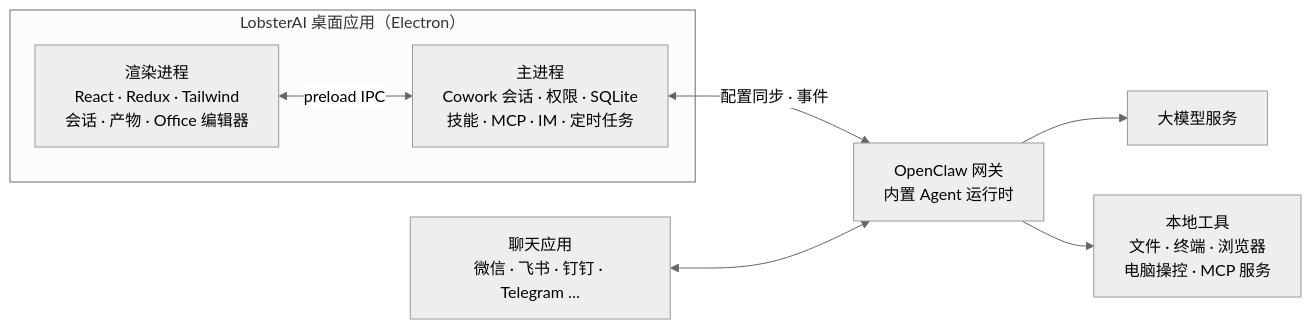
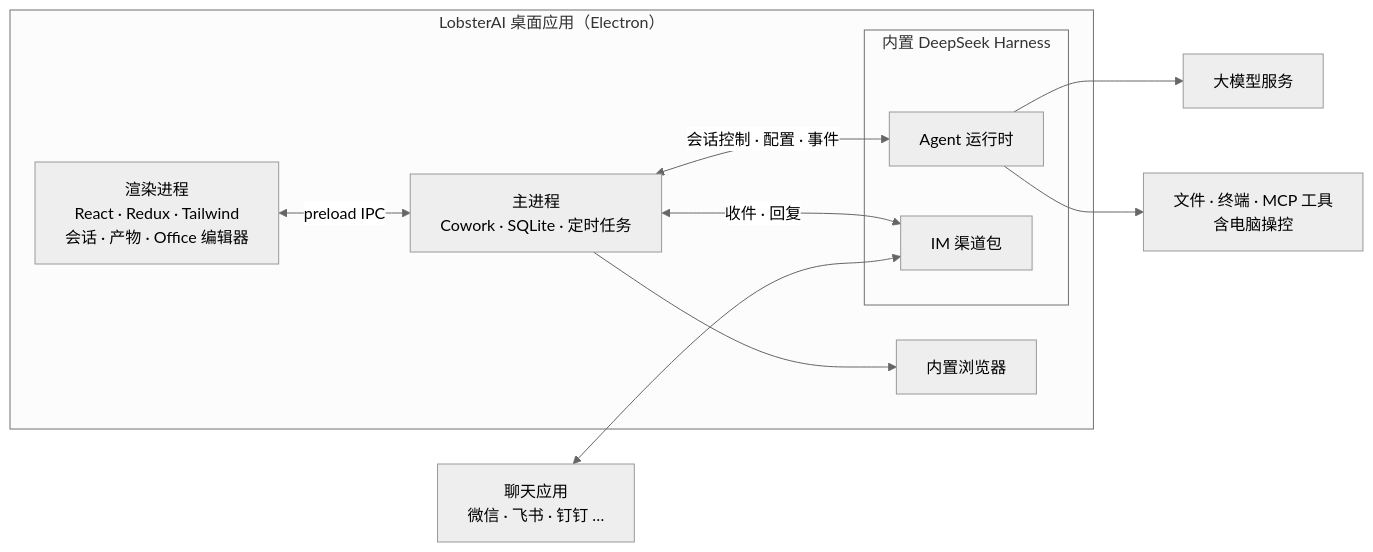
Before and after one commit to netease-youdao/LobsterAI: the diagram in README_zh.md, drawn with Mermaid (neutral theme). The commit also changed other lines of this file and 6 other files, not shown here.

````diff
--- a/README_zh.md
+++ b/README_zh.md
@@ -115,12 +114,18 @@
 ```mermaid
 flowchart LR
   subgraph App["LobsterAI 桌面应用（Electron）"]
     UI["渲染进程<br/>React · Redux · Tailwind<br/>会话 · 产物 · Office 编辑器"]
-    Main["主进程<br/>Cowork 会话 · 权限 · SQLite<br/>技能 · MCP · IM · 定时任务"]
+    Main["主进程<br/>Cowork · SQLite · 定时任务"]
+    subgraph DshHost["内置 DeepSeek Harness"]
+      DSH["Agent 运行时"]
+      Channels["IM 渠道包"]
+    end
     UI <-->|"preload IPC"| Main
+    Main <-->|"会话控制 · 配置 · 事件"| DSH
+    Main <-->|"收件 · 回复"| Channels
+    Main --> Browser["内置浏览器"]
   end
-  Main <-->|"配置同步 · 事件"| Gateway["OpenClaw 网关<br/>内置 Agent 运行时"]
-  Gateway --> Models["大模型服务"]
-  Gateway --> Tools["本地工具<br/>文件 · 终端 · 浏览器<br/>电脑操控 · MCP 服务"]
-  Chat["聊天应用<br/>微信 · 飞书 · 钉钉 · Telegram …"] <--> Gateway
+  DSH --> Models["大模型服务"]
+  DSH --> Tools["文件 · 终端 · MCP 工具<br/>含电脑操控"]
+  Chat["聊天应用<br/>微信 · 飞书 · 钉钉 …"] <--> Channels
 ```
````
